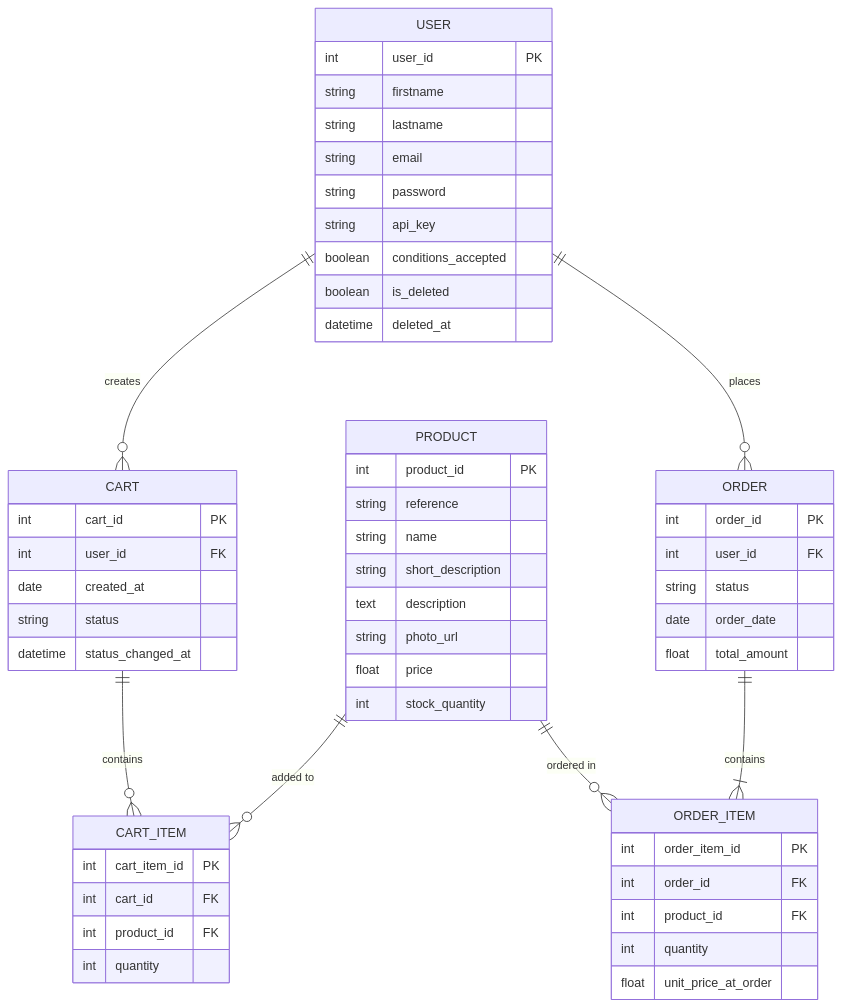
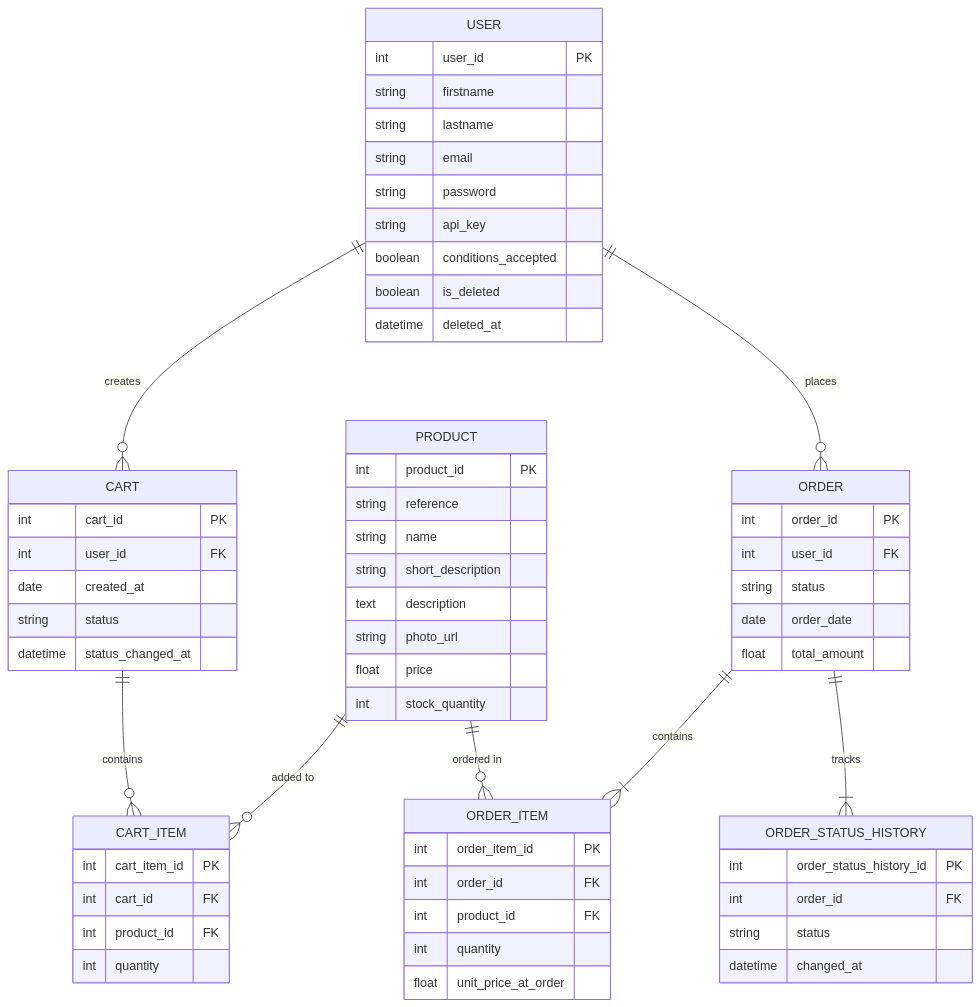
The diagram in diagrammeBaseDeDonnees.mmd (Squarenoize/ForgeChene), drawn with Mermaid before and after one commit. The commit also changed 1 other file, not shown here.

Commit message:
Add OrderStatusHistory to ER and class diagrams

```diff
--- a/diagrammeBaseDeDonnees.mmd
+++ b/diagrammeBaseDeDonnees.mmd
@@ -1,61 +1,69 @@
 erDiagram
     USER ||--o{ CART : creates
     USER ||--o{ ORDER : places
     CART ||--o{ CART_ITEM : contains
     PRODUCT ||--o{ CART_ITEM : "added to"
     PRODUCT ||--o{ ORDER_ITEM : "ordered in"
     ORDER ||--|{ ORDER_ITEM : contains
+    ORDER ||--|{ ORDER_STATUS_HISTORY : "tracks"
 
     USER {
         int user_id PK
         string firstname
         string lastname
         string email
         string password
         string api_key
         boolean conditions_accepted
         boolean is_deleted
         datetime deleted_at
     }
 
     PRODUCT {
         int product_id PK
         string reference
         string name
         string short_description
         text description
         string photo_url
         float price
         int stock_quantity
     }
 
     CART {
         int cart_id PK
         int user_id FK
         date created_at
         string status
         datetime status_changed_at
     }
 
     CART_ITEM {
         int cart_item_id PK
         int cart_id FK
         int product_id FK
         int quantity
     }
 
     ORDER {
         int order_id PK
         int user_id FK
         string status
         date order_date
         float total_amount
     }
 
     ORDER_ITEM {
         int order_item_id PK
         int order_id FK
         int product_id FK
         int quantity
         float unit_price_at_order
     }
+
+    ORDER_STATUS_HISTORY {
+        int order_status_history_id PK
+        int order_id FK
+        string status
+        datetime changed_at
+    }
```
